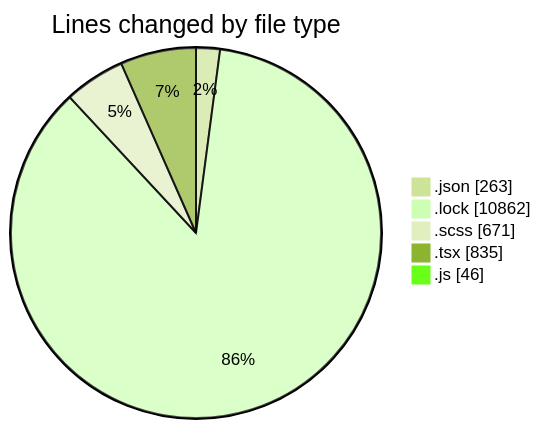
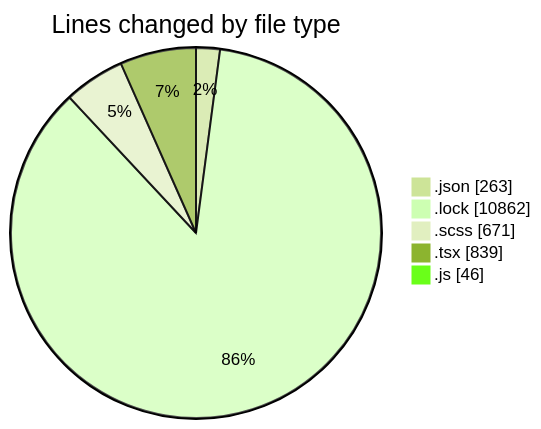
The first of 2 diagrams in 2026-05-18/cda/README.md (momahboobian/code-tracking), drawn with Mermaid (forest theme) before and after one commit. The commit also changed other lines of this file and 1 other file, not shown here.

````diff
--- a/2026-05-18/cda/README.md
+++ b/2026-05-18/cda/README.md
@@ -32,9 +32,9 @@
 ```mermaid
 pie showData
 title Lines changed by file type
 ".json" : 263
 ".lock" : 10862
 ".scss" : 671
-".tsx" : 835
+".tsx" : 839
 ".js" : 46
 ```
````
